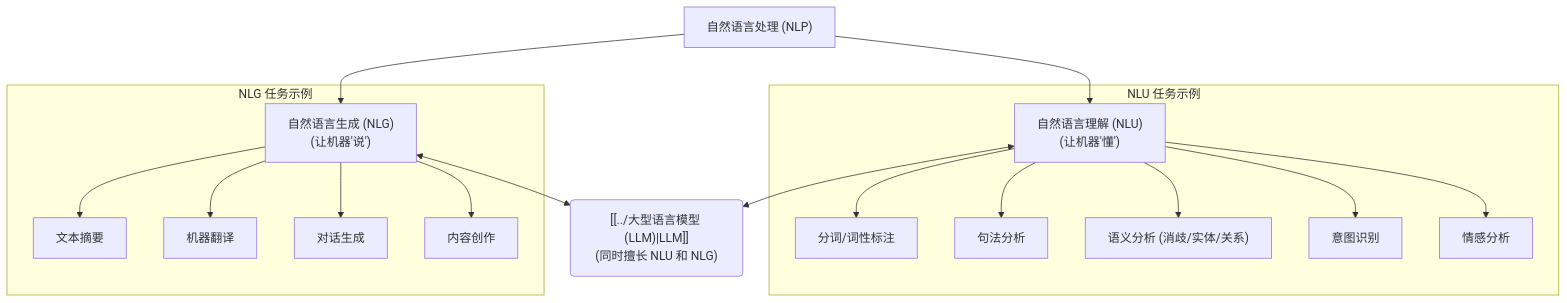
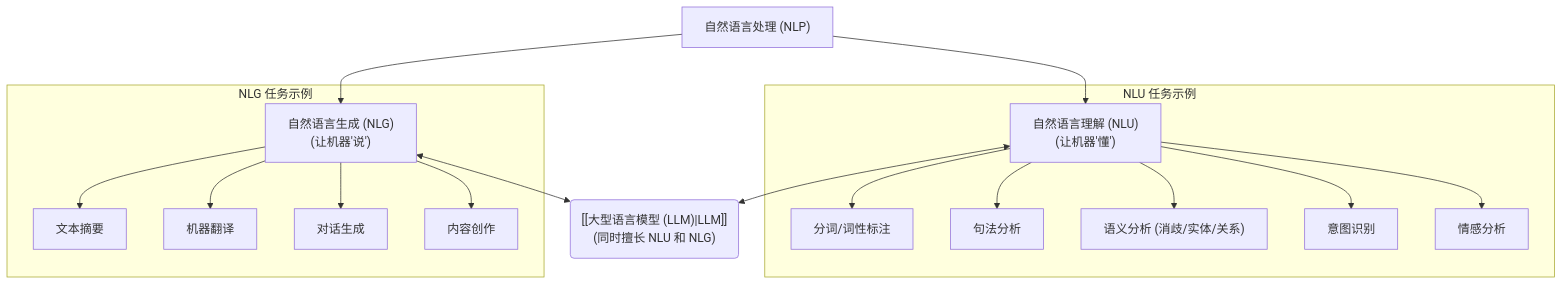
The diagram in Concepts/AI & ML/Core Technologies/自然语言处理 (NLP).md (perryzjc/interview), drawn with Mermaid before and after one commit. The commit also changed other lines of this file and 85 other files, not shown here.

````diff
--- a/Concepts/AI & ML/Core Technologies/自然语言处理 (NLP).md
+++ b/Concepts/AI & ML/Core Technologies/自然语言处理 (NLP).md
@@ -38,22 +38,22 @@
 ```mermaid
 graph TD
     A["自然语言处理 (NLP)"] --> B["自然语言理解 (NLU)<br/>(让机器'懂')"];
     A --> C["自然语言生成 (NLG)<br/>(让机器'说')"];
 
     subgraph NLU 任务示例
         B --> B1["分词/词性标注"];
         B --> B2["句法分析"];
         B --> B3["语义分析 (消歧/实体/关系)"];
         B --> B4["意图识别"];
         B --> B5["情感分析"];
     end
 
     subgraph NLG 任务示例
         C --> C1["文本摘要"];
         C --> C2["机器翻译"];
         C --> C3["对话生成"];
         C --> C4["内容创作"];
     end
 
-    B & C <--> D("[[../大型语言模型 (LLM)|LLM]]<br/>(同时擅长 NLU 和 NLG)");
+    B & C <--> D("[[大型语言模型 (LLM)|LLM]]<br/>(同时擅长 NLU 和 NLG)");
 ```
````
